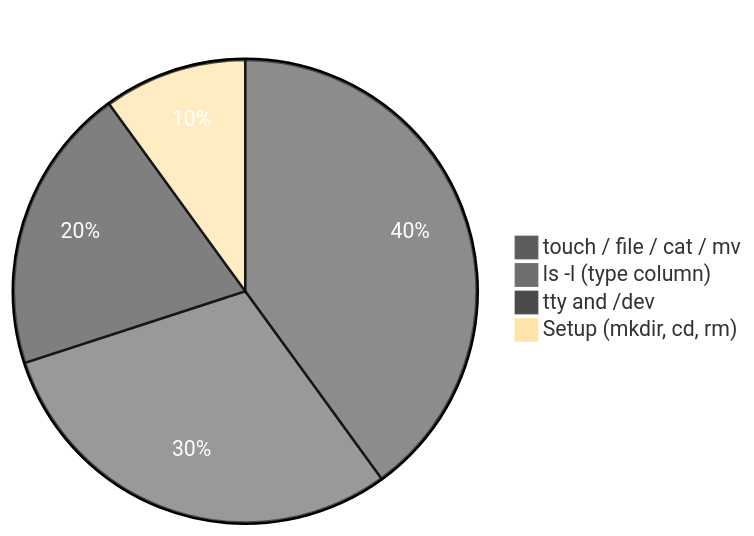
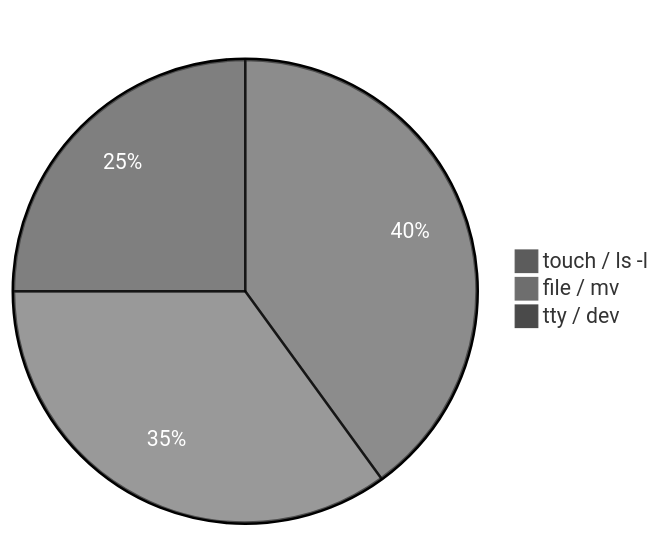
One commit to chaitussm/Linux-Basics changed the diagram in scripts-execution-summary/types-of-files-in-linux.md. Above: the diagram before and after it, drawn with Mermaid. The commit also changed other lines of this file and 10 other files, not shown here.

````diff
--- a/scripts-execution-summary/types-of-files-in-linux.md
+++ b/scripts-execution-summary/types-of-files-in-linux.md
@@ -6,8 +6,7 @@
 ```mermaid
 %%{init: {'theme': 'base', 'themeVariables': {'pie1': '#5c5c5c', 'pie2': '#6e6e6e', 'pie3': '#4a4a4a', 'pieTitleTextColor': '#ffffff', 'pieSectionTextColor': '#ffffff'}}}%%
-pie title Commands in this folder
-    "touch / file / cat / mv" : 40
-    "ls -l (type column)" : 30
-    "tty and /dev" : 20
-    "Setup (mkdir, cd, rm)" : 10
+pie title File-type demos
+    "touch / ls -l" : 40
+    "file / mv" : 35
+    "tty / dev" : 25
 ```
````
